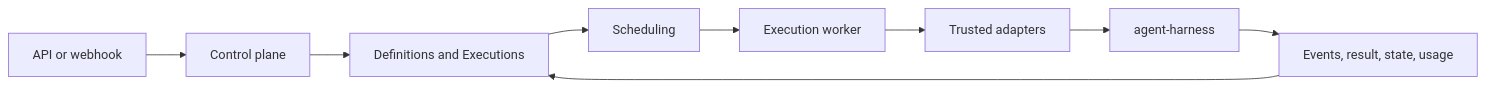
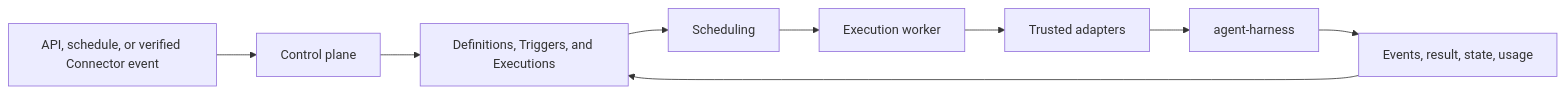
Before and after one commit to converge-ai-labs/agent-foundation: the second of 4 diagrams in spec/README.md, drawn with Mermaid. The commit also changed other lines of this file and 9 other files, not shown here.

````diff
--- a/spec/README.md
+++ b/spec/README.md
@@ -184,11 +186,11 @@
 ```mermaid
 flowchart LR
-    Ingress[API or webhook] --> Control[Control plane]
-    Control --> Durable[Definitions and Executions]
+    Ingress[API, schedule, or verified Connector event] --> Control[Control plane]
+    Control --> Durable[Definitions, Triggers, and Executions]
     Durable --> Queue[Scheduling]
     Queue --> Worker[Execution worker]
     Worker --> Reconstruct[Trusted adapters]
     Reconstruct --> Harness[agent-harness]
     Harness --> Candidate[Events, result, state, usage]
     Candidate --> Durable
 ```
````
